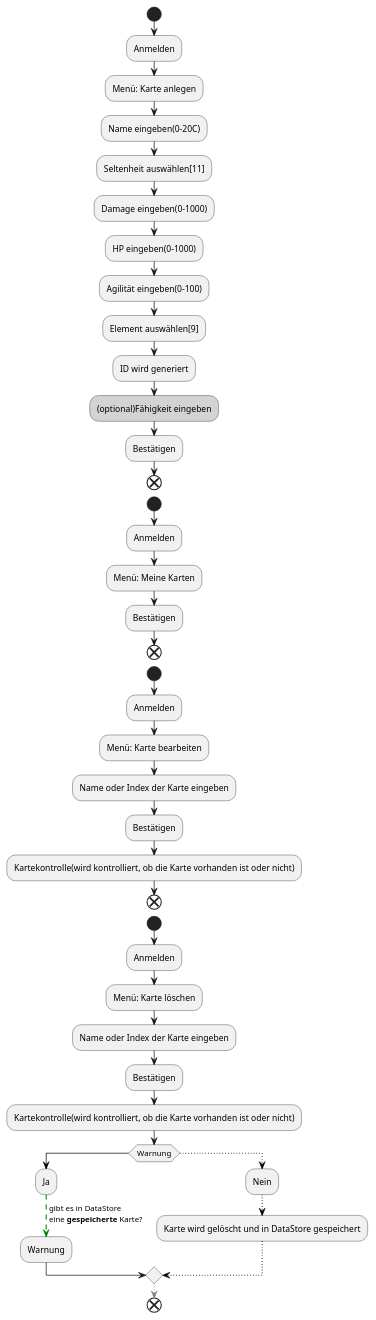
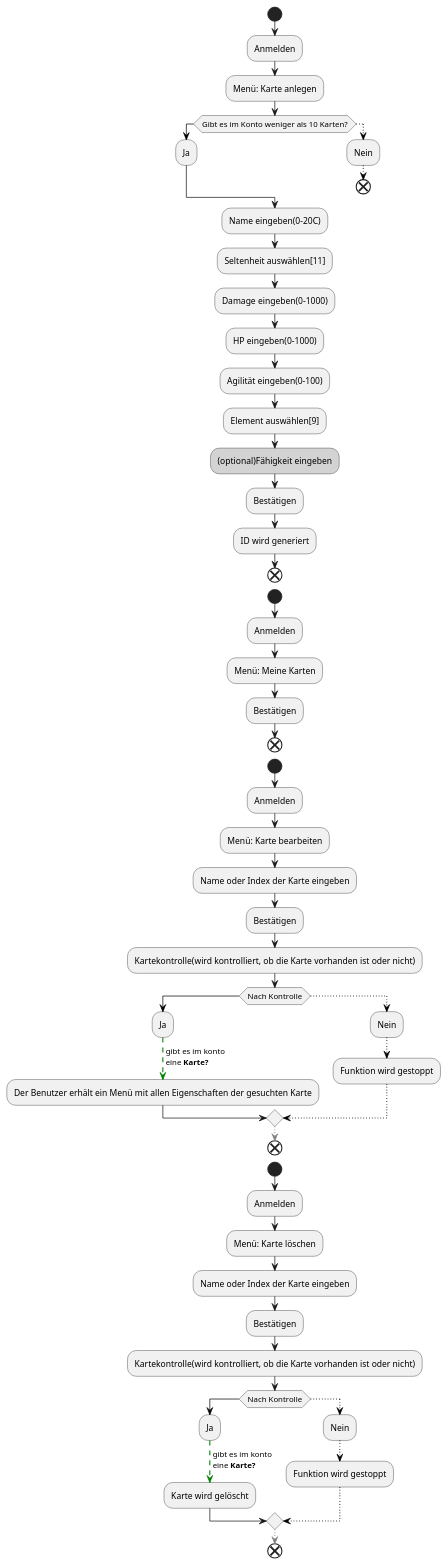
The diagram in Docs/Pflichtenheft/Diagramme/Aktivitätsdiagramme.iuml (teach404W/Verwaltungssoftware_Team_2), drawn with PlantUML before and after one commit. The commit also changed 5 other files, not shown here.

```diff
--- a/Docs/Pflichtenheft/Diagramme/Aktivitätsdiagramme.iuml
+++ b/Docs/Pflichtenheft/Diagramme/Aktivitätsdiagramme.iuml
@@ -1,61 +1,97 @@
 @startuml
 start
 :Anmelden;
 :Menü: Karte anlegen;
+if (Gibt es im Konto weniger als 10 Karten?) then
+  -[#black]->
+  :Ja;
+ 
+   
+else
+
+  -[#black,dotted]->
+  :Nein;
+
+  -[#black,dotted]->
+
+  -[#black,dotted]-> 
+  end
+
+endif
+-[#gray,dotted]->
 :Name eingeben(0-20C);
 :Seltenheit auswählen[11];
 :Damage eingeben(0-1000);
 :HP eingeben(0-1000);
 :Agilität eingeben(0-100);
 :Element auswählen[9];
-:ID wird generiert;
 #LightGrey:(optional)Fähigkeit eingeben;
 :Bestätigen;
+:ID wird generiert;
 end
 
 start
 :Anmelden;
 :Menü: Meine Karten;
 :Bestätigen;
 end
 
 start
 :Anmelden;
 :Menü: Karte bearbeiten;
 :Name oder Index der Karte eingeben;
 :Bestätigen;
 :Kartekontrolle(wird kontrolliert, ob die Karte vorhanden ist oder nicht);
+if (Nach Kontrolle) then
+  -[#black]->
+  :Ja;
+  -[#green,dashed]-> gibt es im konto
+  eine **Karte?**;
+   
+  :Der Benutzer erhält ein Menü mit allen Eigenschaften der gesuchten Karte;
+else
+
+  -[#black,dotted]->
+  :Nein;
+
+  -[#black,dotted]->
+
+  :Funktion wird gestoppt;
+  -[#black,dotted]->
+
+endif
+-[#gray,dotted]->
 end
 
 start
 :Anmelden;
 :Menü: Karte löschen;
 :Name oder Index der Karte eingeben;
 :Bestätigen;
 :Kartekontrolle(wird kontrolliert, ob die Karte vorhanden ist oder nicht);
-if (Warnung) then
+if (Nach Kontrolle) then
   -[#black]->
   :Ja;
-  -[#green,dashed]-> gibt es in DataStore
-  eine **gespeicherte** Karte?;
+  -[#green,dashed]-> gibt es im konto
+  eine **Karte?**;
    
-  :Warnung;
+  :Karte wird gelöscht;
 else
 
   -[#black,dotted]->
   :Nein;
 
   -[#black,dotted]->
 
-  :Karte wird gelöscht und in DataStore gespeichert;
+  :Funktion wird gestoppt;
   -[#black,dotted]->
 
 endif
 -[#gray,dotted]->
 
 
 end
 
 
 
 @enduml
```
